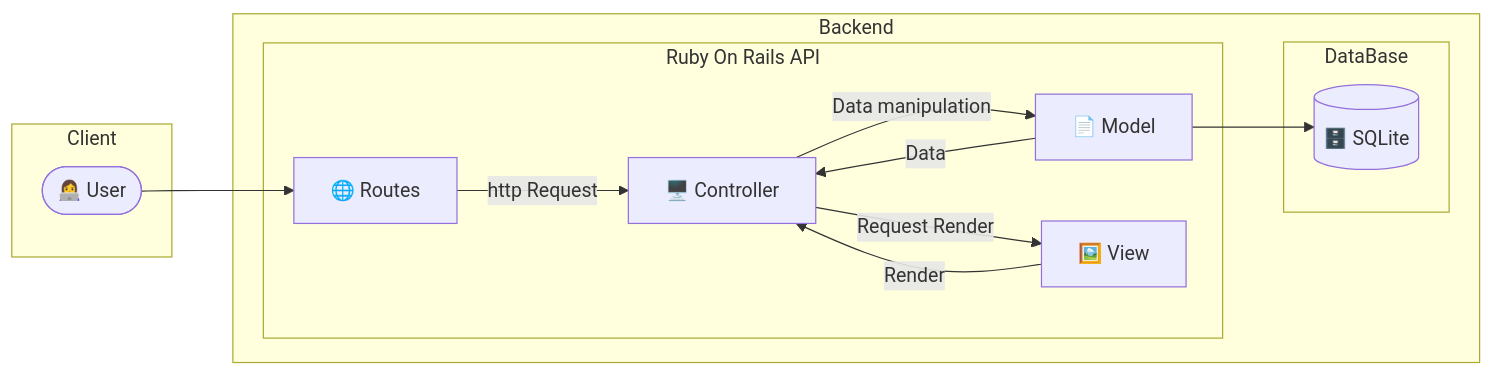
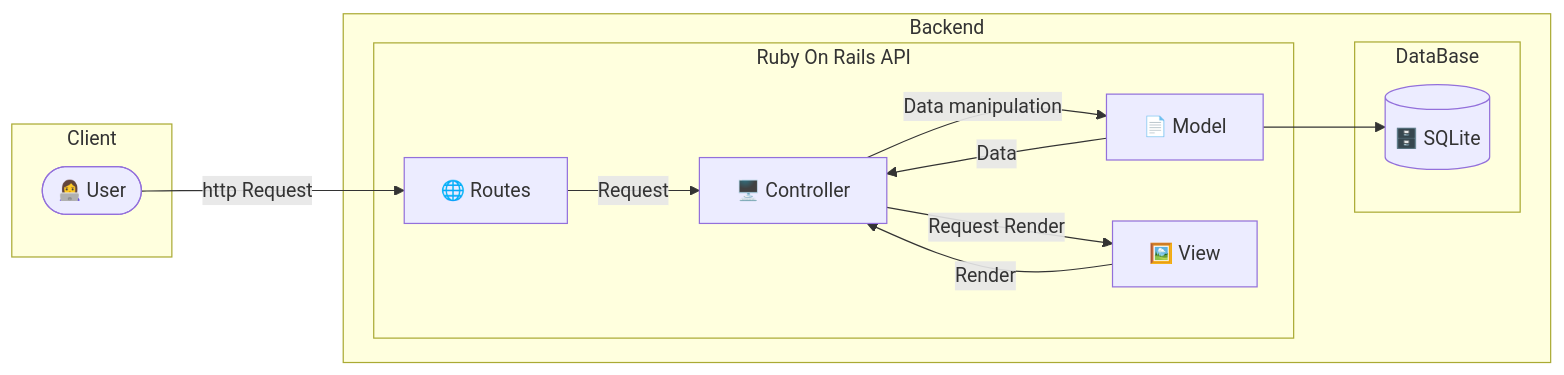
The diagram in README.md (jtonynet/ruby-blog), drawn with Mermaid before and after one commit.

Commit message:
last commit

````diff
--- a/README.md
+++ b/README.md
@@ -131,24 +131,24 @@
 ```mermaid
 graph LR;
 
   subgraph Client
     USER(["👩‍💻 User"])
   end
 
   subgraph Backend
     subgraph Ruby On Rails API
-        A[🌐 Routes] -->|http Request| B[🖥️ Controller]
+        A[🌐 Routes] -->|Request| B[🖥️ Controller]
         B -->|Data manipulation| C[📄 Model]
         C -->|Data| B
         B -->|Request Render| D[🖼️ View]
         D -->|Render| B
       end
 
       subgraph DataBase
         DB[("🗄️ SQLite")]
       end 
 
-      USER --> A
+      USER -->|http Request| A
       C --> DB
   end
 ```
````
